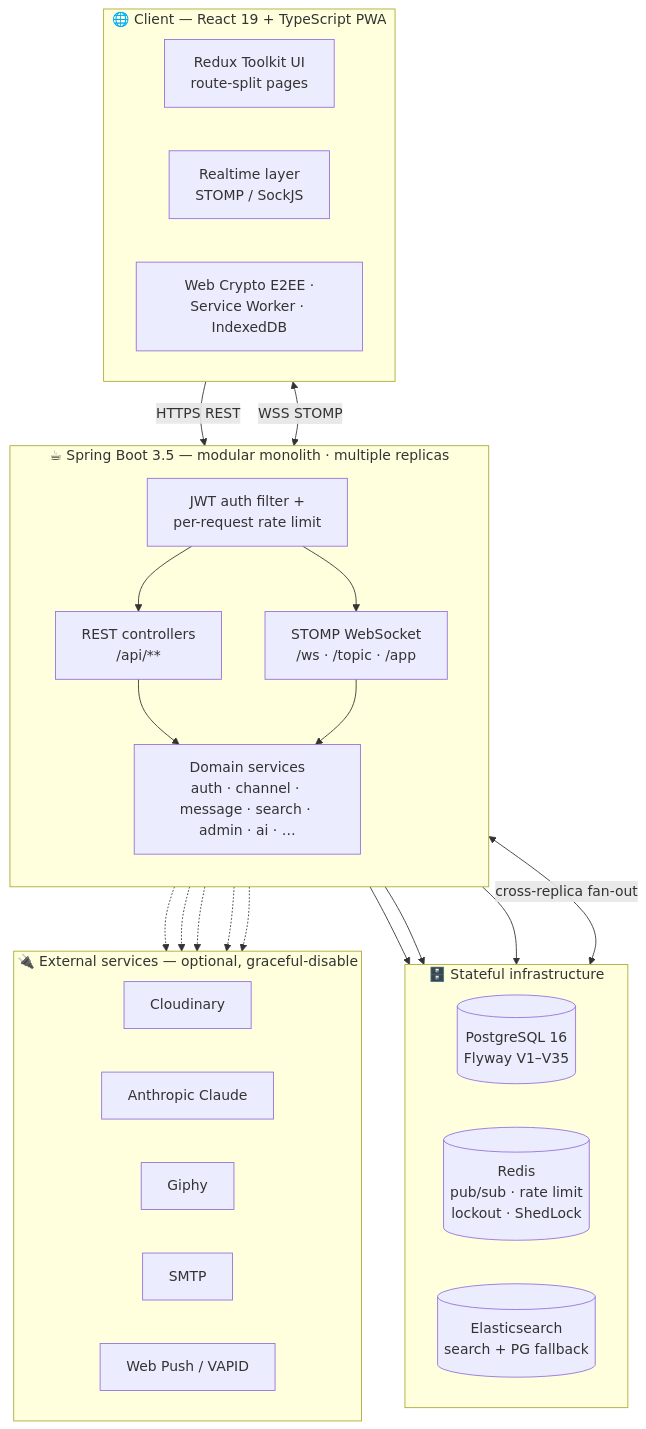
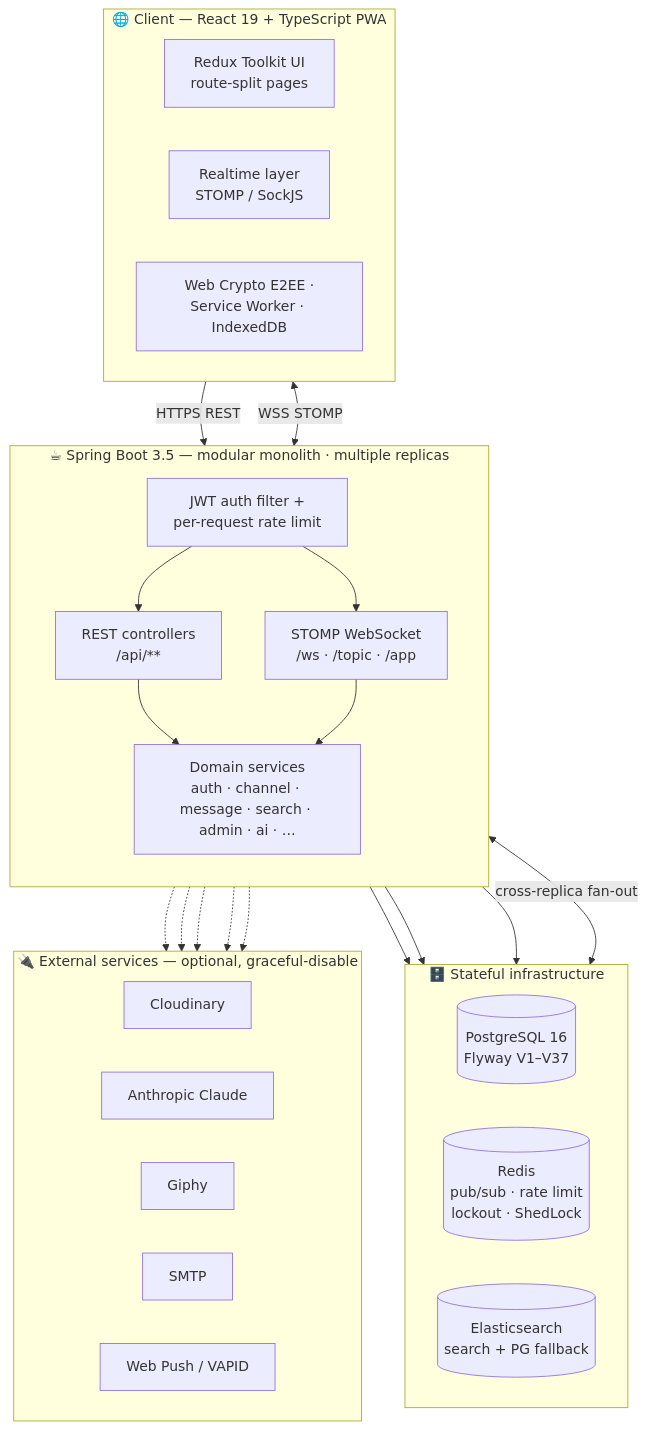
The diagram in README.md (YusufKosarDev/ripplechat), drawn with Mermaid before and after one commit. The commit also changed other lines of this file, not shown here.

````diff
--- a/README.md
+++ b/README.md
@@ -200,43 +200,43 @@
 ```mermaid
 flowchart TB
     subgraph Client["🌐 Client — React 19 + TypeScript PWA"]
         direction LR
         UI["Redux Toolkit UI<br/>route-split pages"]
         RT["Realtime layer<br/>STOMP / SockJS"]
         SEC["Web Crypto E2EE ·<br/>Service Worker · IndexedDB"]
     end
 
     subgraph Backend["☕ Spring Boot 3.5 — modular monolith · multiple replicas"]
         direction TB
         JWT["JWT auth filter +<br/>per-request rate limit"]
         REST["REST controllers<br/>/api/**"]
         WS["STOMP WebSocket<br/>/ws · /topic · /app"]
         SVC["Domain services<br/>auth · channel · message · search · admin · ai · …"]
         JWT --> REST --> SVC
         JWT --> WS --> SVC
     end
 
     subgraph Data["🗄️ Stateful infrastructure"]
         direction LR
-        PG[("PostgreSQL 16<br/>Flyway V1–V35")]
+        PG[("PostgreSQL 16<br/>Flyway V1–V37")]
         RD[("Redis<br/>pub/sub · rate limit<br/>lockout · ShedLock")]
         ES[("Elasticsearch<br/>search + PG fallback")]
     end
 
     subgraph Ext["🔌 External services — optional, graceful-disable"]
         direction LR
         CL["Cloudinary"]
         AN["Anthropic Claude"]
         GF["Giphy"]
         SM["SMTP"]
         VP["Web Push / VAPID"]
     end
 
     UI -->|HTTPS REST| REST
     RT <-->|WSS STOMP| WS
     SVC --> PG
     SVC --> ES
     SVC --> RD
     WS <-->|cross-replica fan-out| RD
     SVC -.-> CL & AN & GF & SM & VP
 ```
````
